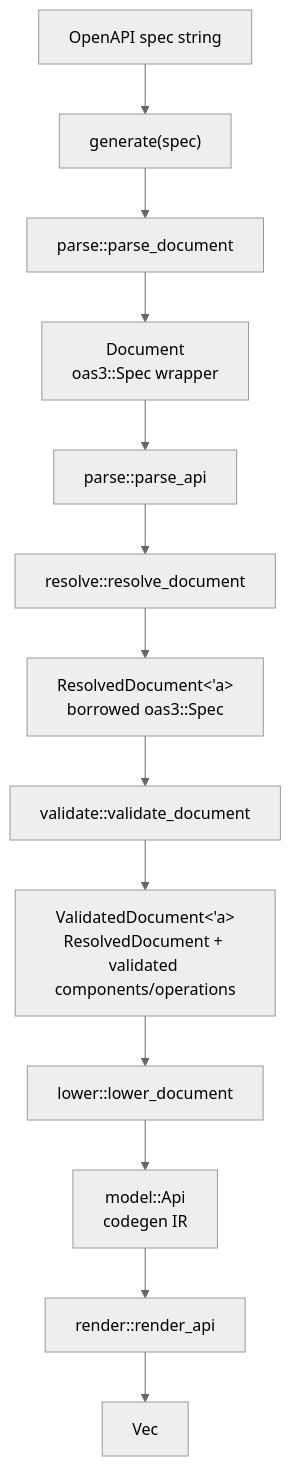
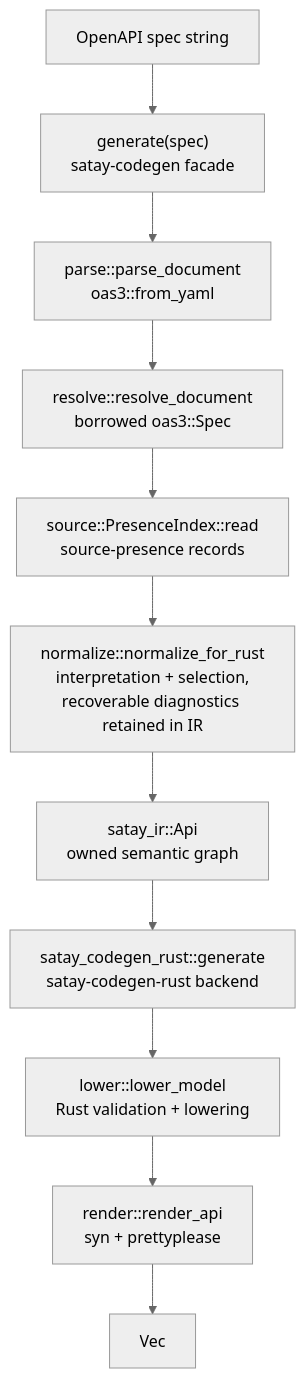
Before and after one commit to zeon256/satay-rs: the second of 7 diagrams in ARCHITECTURE.md, drawn with Mermaid (neutral theme). The commit also changed other lines of this file and 70 other files, not shown here.

Commit message:
refactor(codegen): split rust codegen

````diff
--- a/ARCHITECTURE.md
+++ b/ARCHITECTURE.md
@@ -11,15 +32,13 @@
 ```mermaid
 flowchart TD
-    spec["OpenAPI spec string"] --> generate["generate(spec)"]
-    generate --> parseDocument["parse::parse_document"]
-    parseDocument --> document["Document<br/>oas3::Spec wrapper"]
-    document --> parseApi["parse::parse_api"]
-    parseApi --> resolve["resolve::resolve_document"]
-    resolve --> resolved["ResolvedDocument<'a><br/>borrowed oas3::Spec"]
-    resolved --> validate["validate::validate_document"]
-    validate --> validated["ValidatedDocument<'a><br/>ResolvedDocument + validated components/operations"]
-    validated --> lower["lower::lower_document"]
-    lower --> model["model::Api<br/>codegen IR"]
-    model --> render["render::render_api"]
+    spec["OpenAPI spec string"] --> generate["generate(spec)<br/>satay-codegen facade"]
+    generate --> parseDocument["parse::parse_document<br/>oas3::from_yaml"]
+    parseDocument --> resolve["resolve::resolve_document<br/>borrowed oas3::Spec"]
+    resolve --> presence["source::PresenceIndex::read<br/>source-presence records"]
+    presence --> normalize["normalize::normalize_for_rust<br/>interpretation + selection,<br/>recoverable diagnostics retained in IR"]
+    normalize --> api["satay_ir::Api<br/>owned semantic graph"]
+    api --> backend["satay_codegen_rust::generate<br/>satay-codegen-rust backend"]
+    backend --> lower["lower::lower_model<br/>Rust validation + lowering"]
+    lower --> render["render::render_api<br/>syn + prettyplease"]
     render --> files["Vec<GeneratedFile>"]
 ```
````
